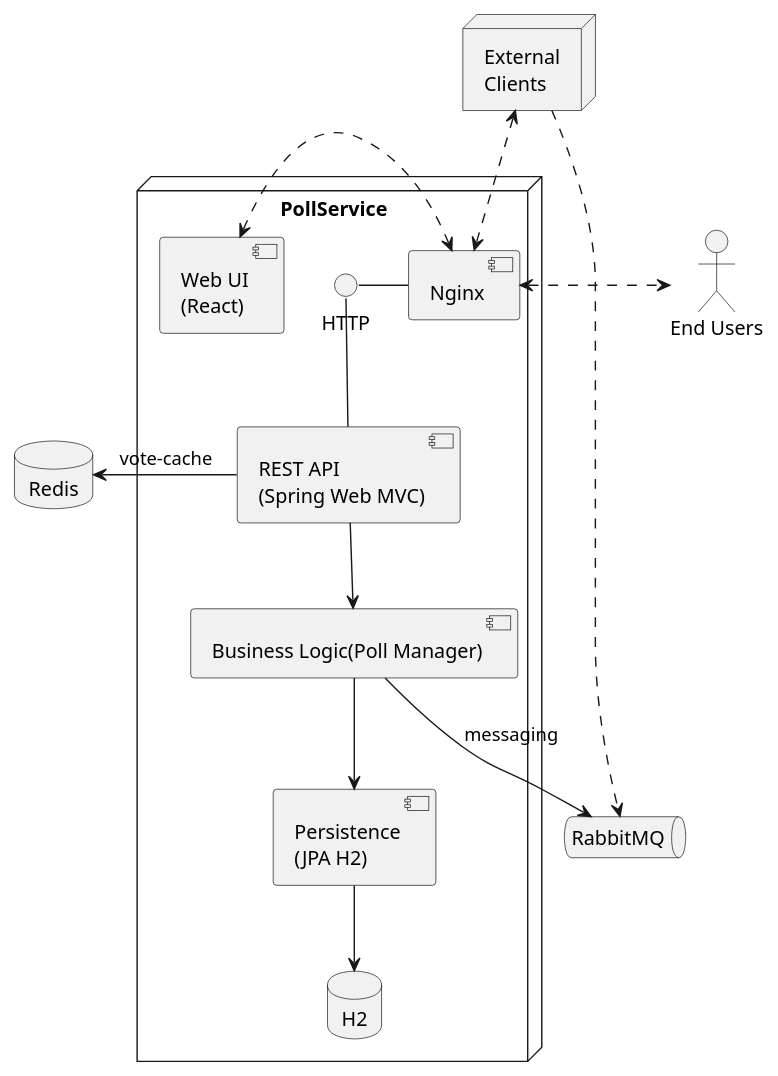
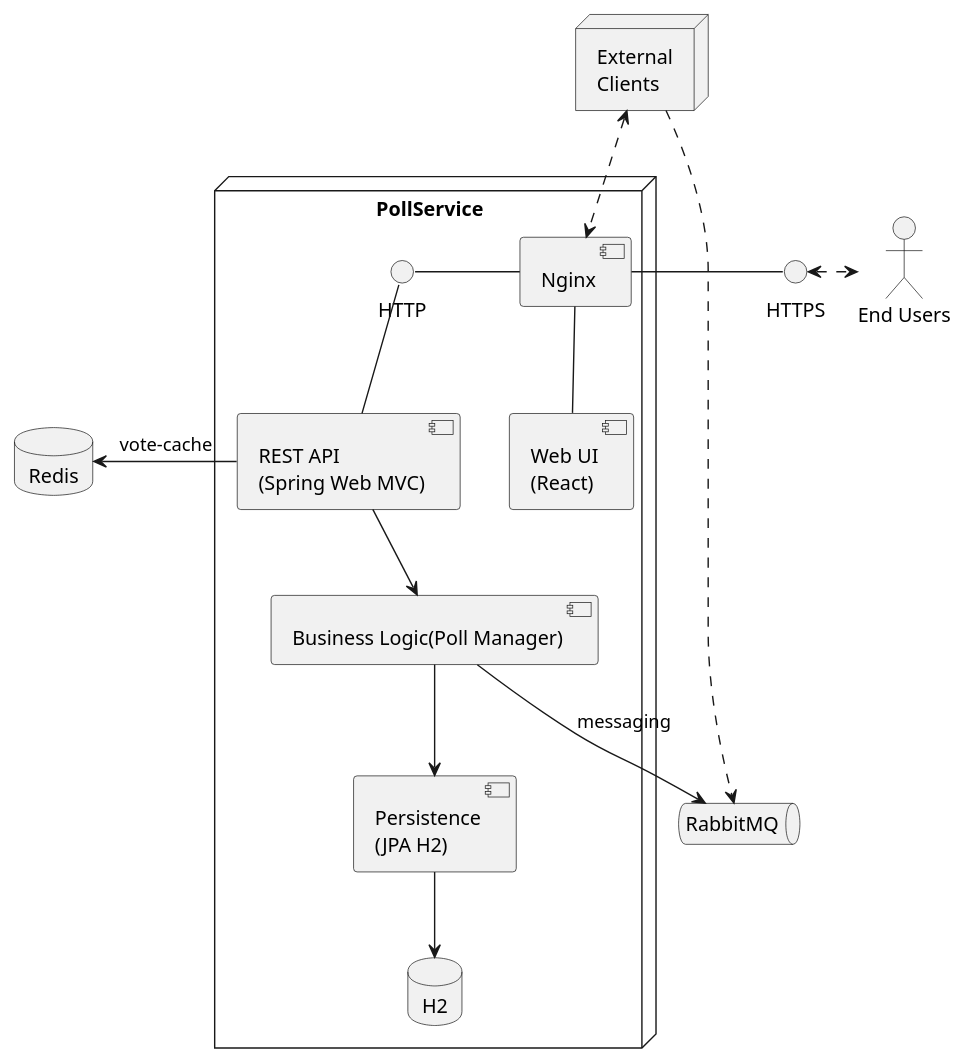
Before and after one commit to MagnusSletten/dat250-pollapp: the diagram in documentation/component-architecture.puml, drawn with PlantUML. The commit also changed 2 other files, not shown here.

```diff
--- a/documentation/component-architecture.puml
+++ b/documentation/component-architecture.puml
@@ -1,31 +1,33 @@
 @startuml Architechture
 
 node "External\nClients" as mu
+interface HTTPS
 node "PollService" {
 component "Nginx" as nginx
 component "Web UI\n(React)" as ui
 interface HTTP
 component "REST API\n(Spring Web MVC)" as api
 
+nginx -right-HTTPS
+nginx -down- ui
 api -up- HTTP
 HTTP -right- nginx
 component "Business Logic(Poll Manager)" as dom
 component "Persistence\n(JPA H2)" as per
 database H2
 api -down-> dom
 dom -down-> per
 per -down-> H2
 }
 database "Redis" as redis
 
 
 queue "RabbitMQ" as msg
 dom --> msg : messaging
 api -left-> redis : vote-cache
 
 actor "End Users"  as ru
-nginx <.> ru  
-ui <.> nginx 
+HTTPS <.> ru  
 mu <.down.> nginx
 mu .> msg
 @enduml
```
